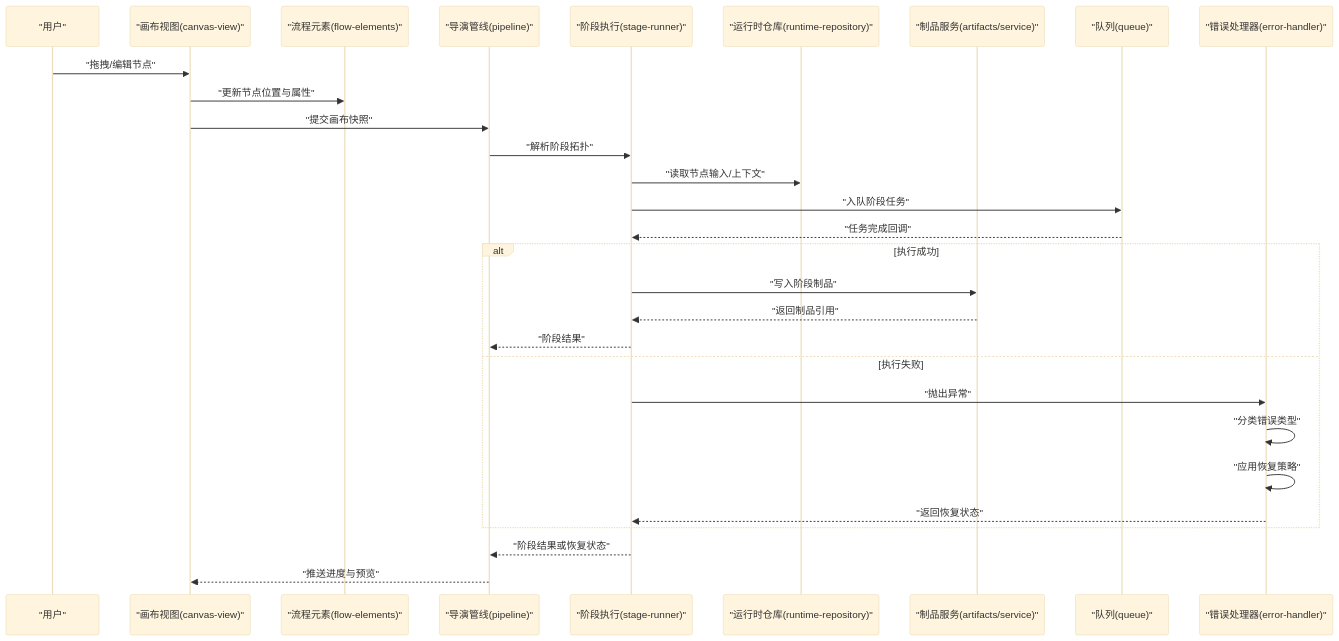
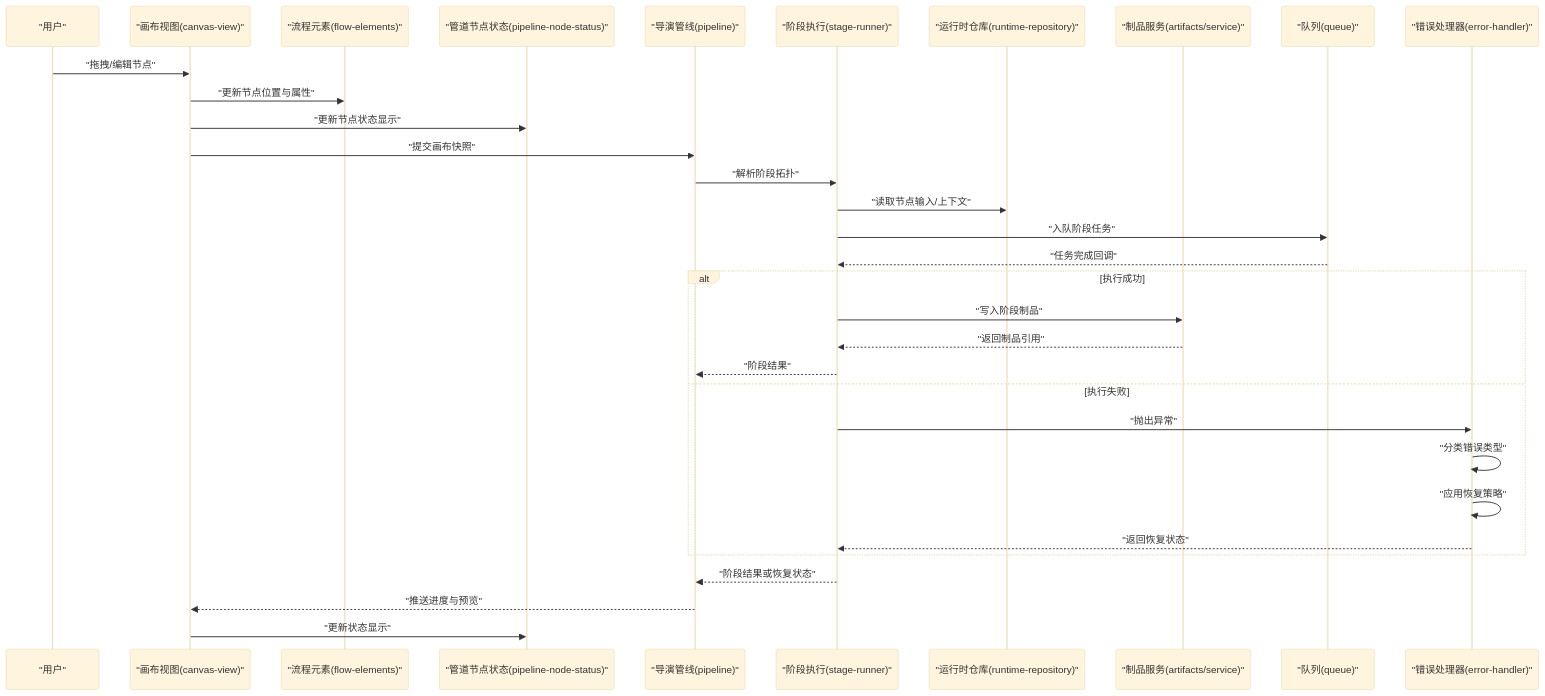
The second of 16 diagrams in .qoder/repowiki/zh/content/画布编辑器/画布编辑器.md (scottcwy/PurpleInk), drawn with Mermaid (base theme) before and after one commit. The commit also changed other lines of this file and 29 other files, not shown here.

````diff
--- a/.qoder/repowiki/zh/content/画布编辑器/画布编辑器.md
+++ b/.qoder/repowiki/zh/content/画布编辑器/画布编辑器.md
@@ -196,31 +207,34 @@
 ```mermaid
 sequenceDiagram
 participant U as "用户"
 participant CV as "画布视图(canvas-view)"
 participant FE as "流程元素(flow-elements)"
+participant PNS as "管道节点状态(pipeline-node-status)"
 participant PI as "导演管线(pipeline)"
 participant SR as "阶段执行(stage-runner)"
 participant RR as "运行时仓库(runtime-repository)"
 participant AR as "制品服务(artifacts/service)"
 participant Q as "队列(queue)"
 participant EH as "错误处理器(error-handler)"
 U->>CV : "拖拽/编辑节点"
 CV->>FE : "更新节点位置与属性"
+CV->>PNS : "更新节点状态显示"
 CV->>PI : "提交画布快照"
 PI->>SR : "解析阶段拓扑"
 SR->>RR : "读取节点输入/上下文"
 SR->>Q : "入队阶段任务"
 Q-->>SR : "任务完成回调"
 alt 执行成功
 SR->>AR : "写入阶段制品"
 AR-->>SR : "返回制品引用"
 SR-->>PI : "阶段结果"
 else 执行失败
 SR->>EH : "抛出异常"
 EH->>EH : "分类错误类型"
 EH->>EH : "应用恢复策略"
 EH-->>SR : "返回恢复状态"
 end
 SR-->>PI : "阶段结果或恢复状态"
 PI-->>CV : "推送进度与预览"
+CV->>PNS : "更新状态显示"
 ```
````
